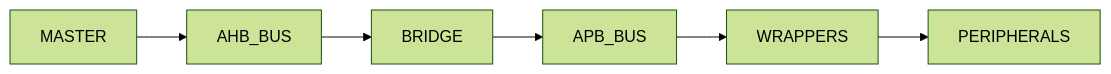
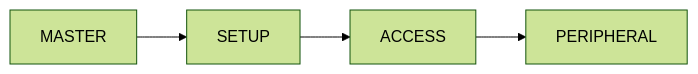
The second of 4 diagrams in README.md (rajesh042005/APB-Peripheral-Wrappers---Verilog-RTL-Design), drawn with Mermaid (forest theme) before and after one commit. The commit also changed other lines of this file, not shown here.

````diff
--- a/README.md
+++ b/README.md
@@ -47,8 +43,6 @@
 ```mermaid
 flowchart LR
-    MASTER --> AHB_BUS
-    AHB_BUS --> BRIDGE
-    BRIDGE --> APB_BUS
-    APB_BUS --> WRAPPERS
-    WRAPPERS --> PERIPHERALS
+    MASTER --> SETUP
+    SETUP --> ACCESS
+    ACCESS --> PERIPHERAL
 ```
````
